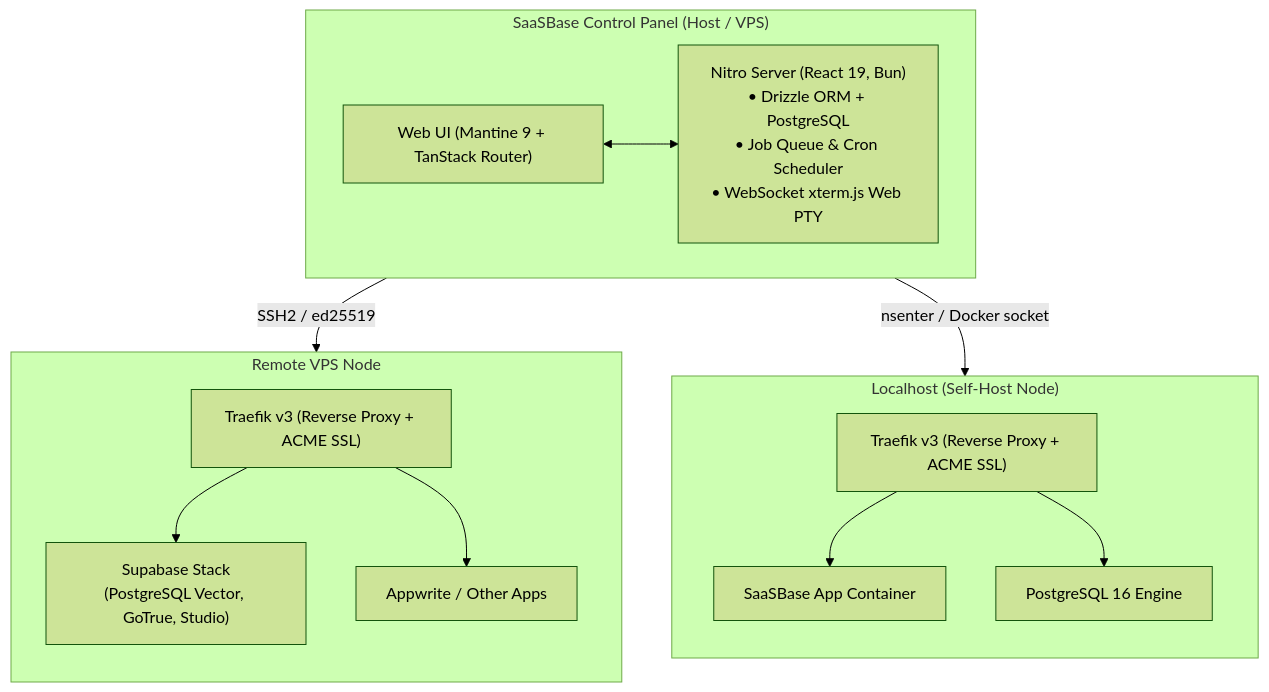
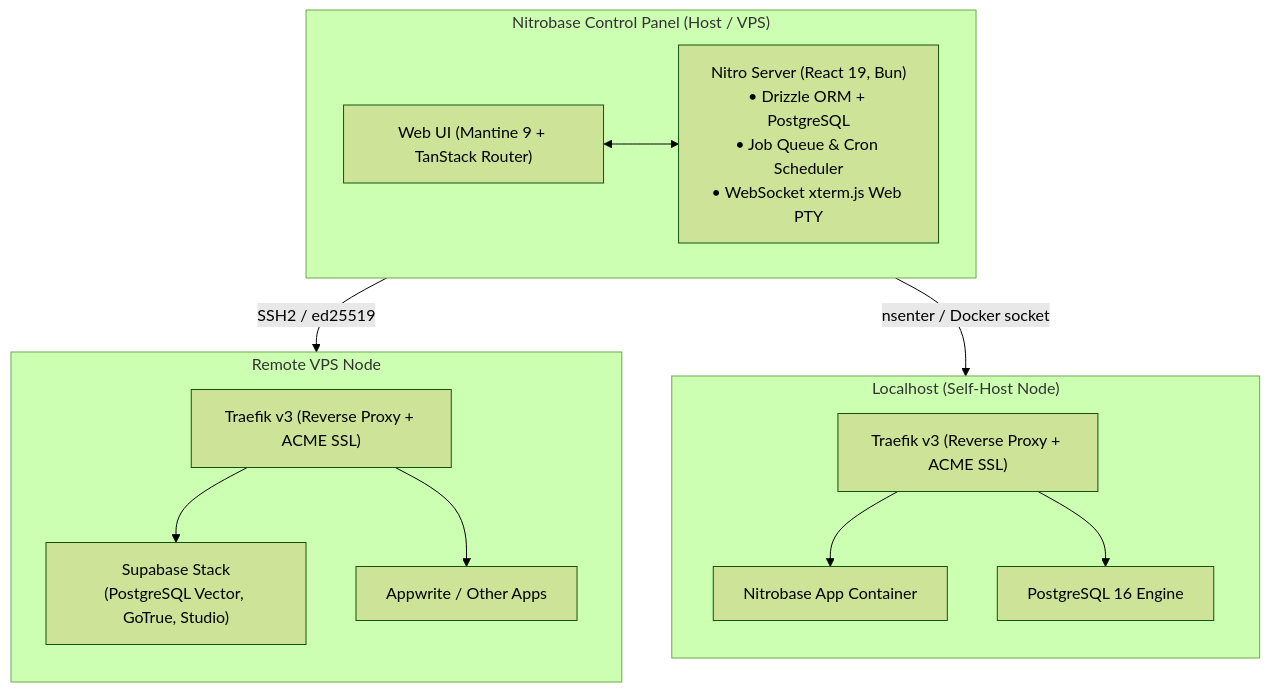
The diagram in contents/docs/en/core-concepts/architecture.md (hoagminh/nitrobase-home), drawn with Mermaid (forest theme) before and after one commit. The commit also changed other lines of this file and 216 other files, not shown here.

````diff
--- a/contents/docs/en/core-concepts/architecture.md
+++ b/contents/docs/en/core-concepts/architecture.md
@@ -10,24 +10,24 @@
 ```mermaid
 flowchart TB
-  subgraph Panel["SaaSBase Control Panel (Host / VPS)"]
+  subgraph Panel["Nitrobase Control Panel (Host / VPS)"]
     direction LR
     UI["Web UI (Mantine 9 + TanStack Router)"] <--> Nitro["Nitro Server (React 19, Bun)<br/>• Drizzle ORM + PostgreSQL<br/>• Job Queue & Cron Scheduler<br/>• WebSocket xterm.js Web PTY"]
   end
 
   Panel -->|SSH2 / ed25519| Remote["Remote VPS Node"]
   Panel -->|nsenter / Docker socket| Local["Localhost (Self-Host Node)"]
 
   subgraph Remote["Remote VPS Node"]
     direction TB
     TR["Traefik v3 (Reverse Proxy + ACME SSL)"]
     TR --> Supabase["Supabase Stack<br/>(PostgreSQL Vector, GoTrue, Studio)"]
     TR --> Appwrite["Appwrite / Other Apps"]
   end
 
   subgraph Local["Localhost (Self-Host Node)"]
     direction TB
     TL["Traefik v3 (Reverse Proxy + ACME SSL)"]
-    TL --> App["SaaSBase App Container"]
+    TL --> App["Nitrobase App Container"]
     TL --> DB["PostgreSQL 16 Engine"]
   end
 ```
````
